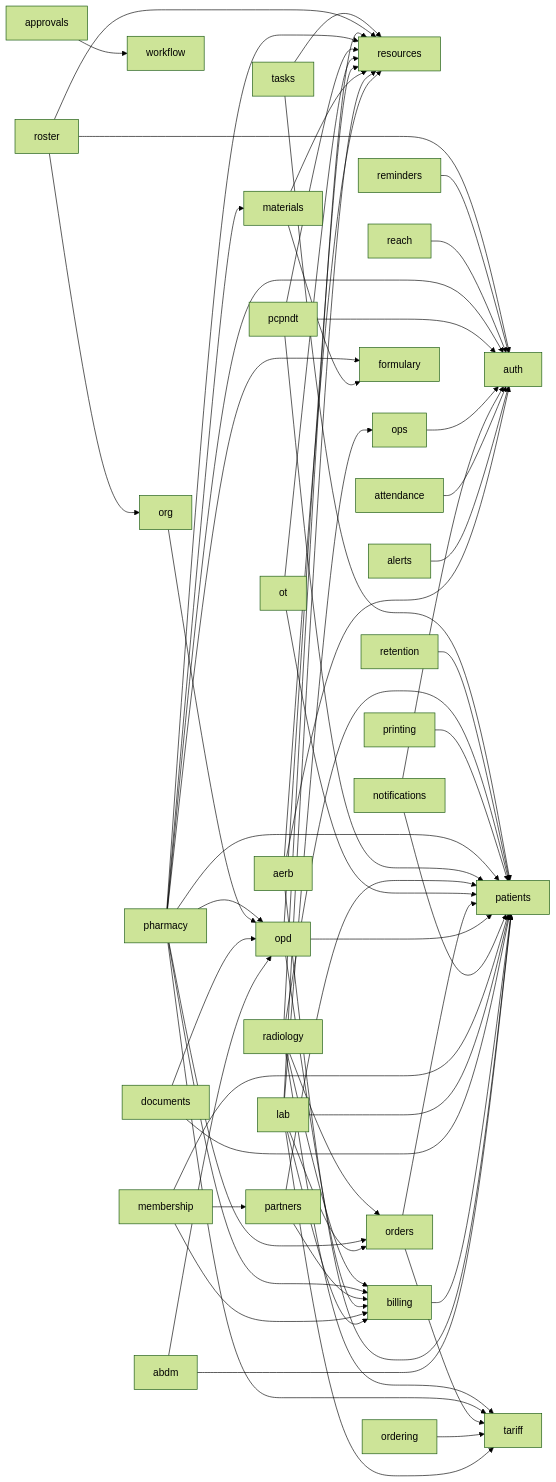
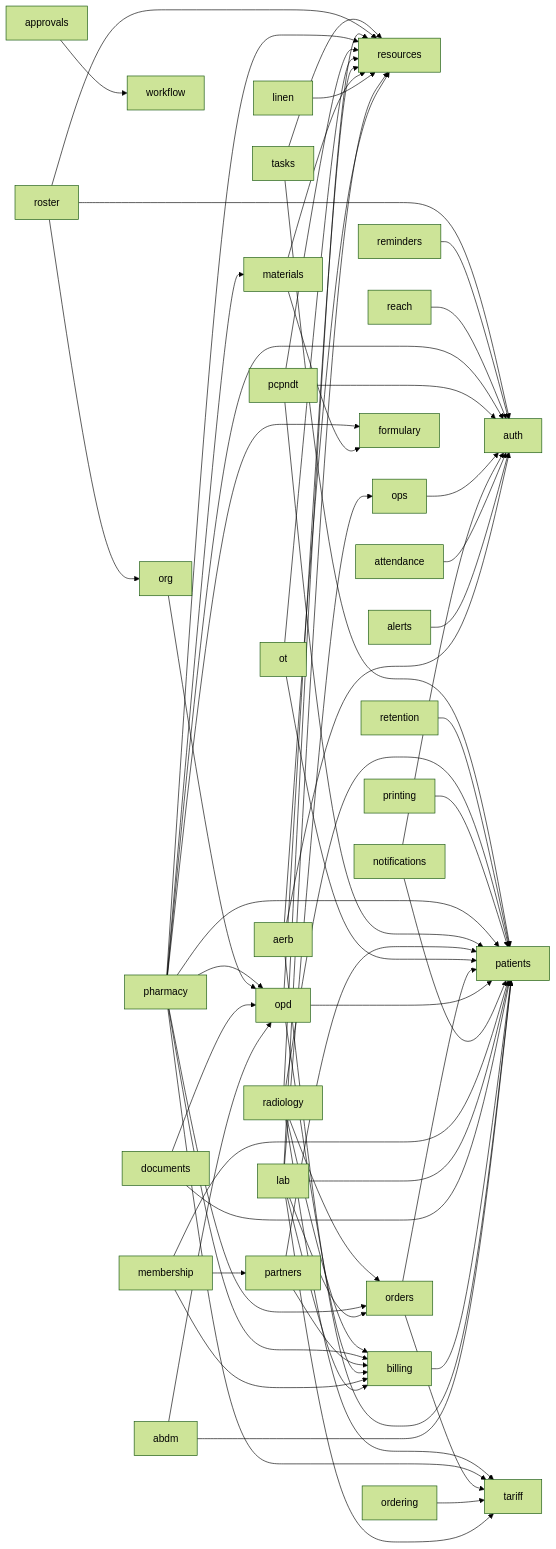
The diagram in docs/architecture/schema.md (ankits3a/hims-hmis), drawn with Mermaid (forest theme) before and after one commit. The commit also changed other lines of this file and 44 other files, not shown here.

````diff
--- a/docs/architecture/schema.md
+++ b/docs/architecture/schema.md
@@ -13,65 +13,66 @@
 ```mermaid
 flowchart LR
   abdm[abdm] --> opd[opd]
   abdm[abdm] --> patients[patients]
   aerb[aerb] --> auth[auth]
   aerb[aerb] --> patients[patients]
   aerb[aerb] --> resources[resources]
   alerts[alerts] --> auth[auth]
   approvals[approvals] --> workflow[workflow]
   attendance[attendance] --> auth[auth]
   billing[billing] --> patients[patients]
   documents[documents] --> opd[opd]
   documents[documents] --> patients[patients]
   lab[lab] --> billing[billing]
   lab[lab] --> ops[ops]
   lab[lab] --> orders[orders]
   lab[lab] --> patients[patients]
   lab[lab] --> resources[resources]
   lab[lab] --> tariff[tariff]
+  linen[linen] --> resources[resources]
   materials[materials] --> formulary[formulary]
   materials[materials] --> resources[resources]
   membership[membership] --> billing[billing]
   membership[membership] --> partners[partners]
   membership[membership] --> patients[patients]
   notifications[notifications] --> auth[auth]
   notifications[notifications] --> patients[patients]
   opd[opd] --> billing[billing]
   opd[opd] --> patients[patients]
   opd[opd] --> resources[resources]
   ops[ops] --> auth[auth]
   ordering[ordering] --> tariff[tariff]
   orders[orders] --> patients[patients]
   orders[orders] --> tariff[tariff]
   org[org] --> opd[opd]
   ot[ot] --> patients[patients]
   ot[ot] --> resources[resources]
   partners[partners] --> billing[billing]
   partners[partners] --> patients[patients]
   pcpndt[pcpndt] --> auth[auth]
   pcpndt[pcpndt] --> patients[patients]
   pcpndt[pcpndt] --> resources[resources]
   pharmacy[pharmacy] --> auth[auth]
   pharmacy[pharmacy] --> billing[billing]
   pharmacy[pharmacy] --> formulary[formulary]
   pharmacy[pharmacy] --> materials[materials]
   pharmacy[pharmacy] --> opd[opd]
   pharmacy[pharmacy] --> orders[orders]
   pharmacy[pharmacy] --> patients[patients]
   pharmacy[pharmacy] --> resources[resources]
   pharmacy[pharmacy] --> tariff[tariff]
   printing[printing] --> patients[patients]
   radiology[radiology] --> billing[billing]
   radiology[radiology] --> orders[orders]
   radiology[radiology] --> patients[patients]
   radiology[radiology] --> resources[resources]
   radiology[radiology] --> tariff[tariff]
   reach[reach] --> auth[auth]
   reminders[reminders] --> auth[auth]
   retention[retention] --> patients[patients]
   roster[roster] --> auth[auth]
   roster[roster] --> org[org]
   roster[roster] --> resources[resources]
   tasks[tasks] --> patients[patients]
   tasks[tasks] --> resources[resources]
 ```
````
